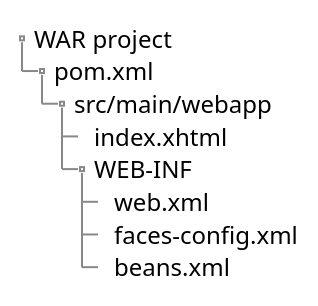
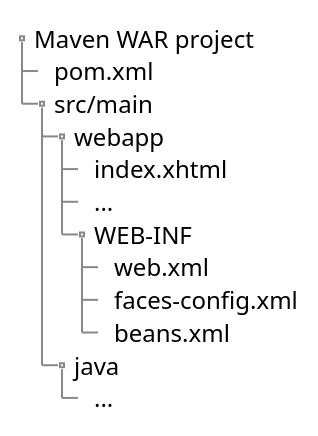
The diagram in doc/helloworld-structure.puml (e-Contract/enterprise-jsf), drawn with PlantUML before and after one commit. The commit also changed 2 other files, not shown here.

Commit message:
diagrams

```diff
--- a/doc/helloworld-structure.puml
+++ b/doc/helloworld-structure.puml
@@ -1,21 +1,25 @@
 @startsalt
 
 ' Enterprise JSF project.
 '
 ' Copyright 2021-2023 e-Contract.be BV. All rights reserved.
 ' e-Contract.be BV proprietary/confidential. Use is subject to license terms.
 
 {
     {T
-        + WAR project
+        + Maven WAR project
             ++ pom.xml
-                +++ src/main/webapp
+            ++ src/main
+                +++ webapp
                     ++++ index.xhtml
+                    ++++ ...
                     ++++ WEB-INF
                         +++++ web.xml
                         +++++ faces-config.xml
                         +++++ beans.xml
+                +++ java
+                    ++++ ...
     }
 }
 
 @endsalt
```
